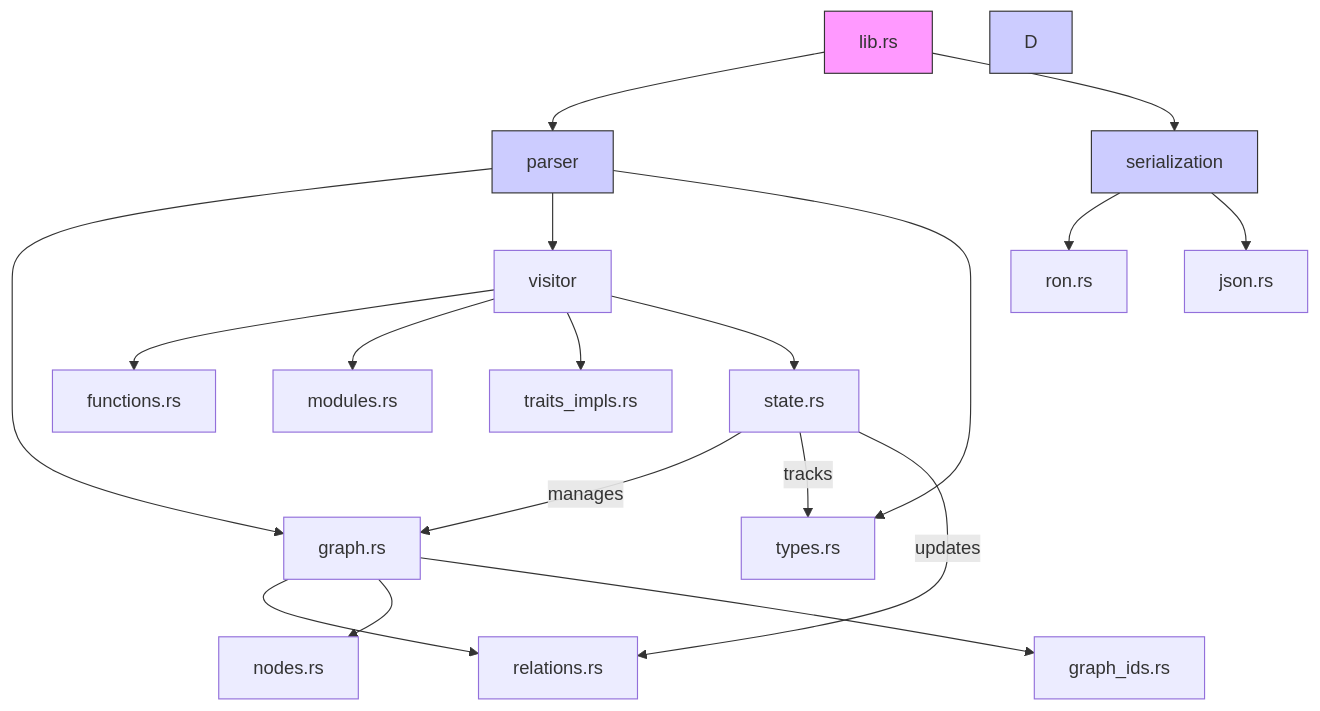
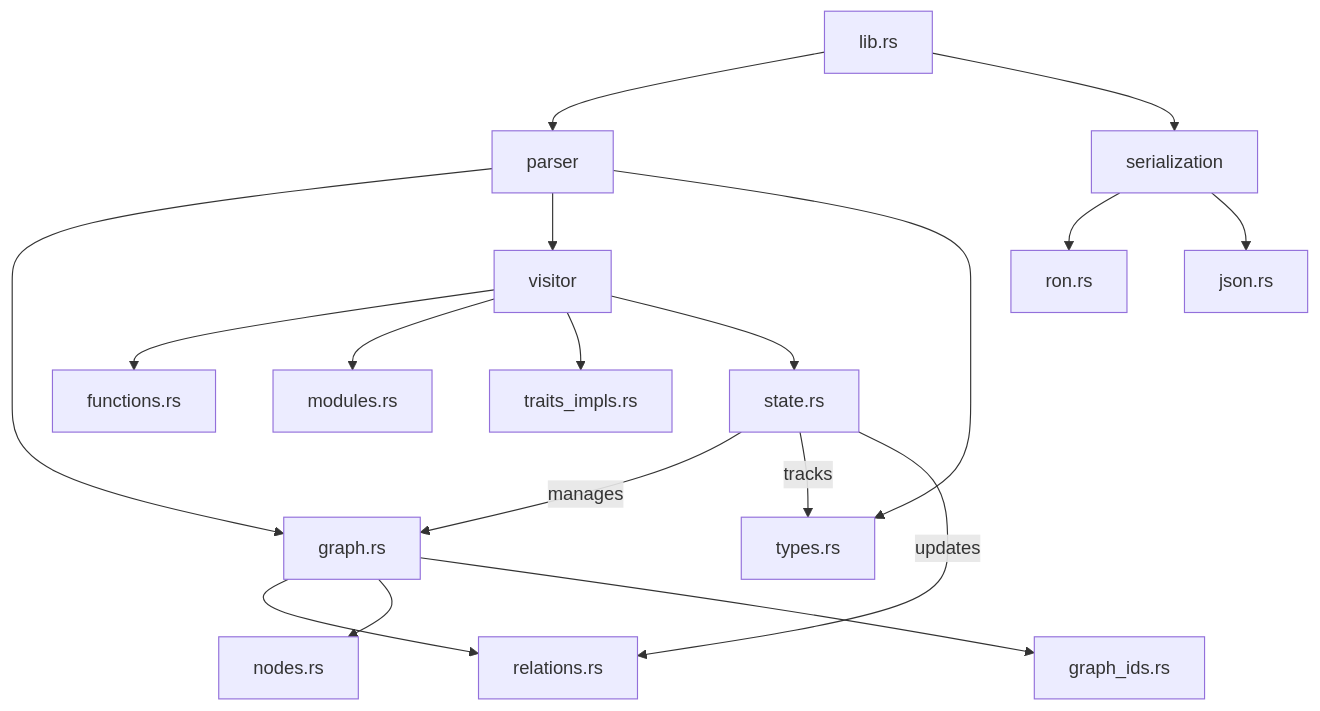
The eighth of 11 diagrams in project_description.md (josephleblanc/syn_parser), drawn with Mermaid before and after one commit. The commit also changed other lines of this file, not shown here.

Commit message:
docs: Note broken mermaid diagrams in project description

````diff
--- a/project_description.md
+++ b/project_description.md
@@ -1068,30 +1069,26 @@
 ```mermaid
 graph TD
     A[lib.rs] --> B[parser]
     A --> C[serialization]
     
     B --> E[graph.rs]
     B --> F[visitor]
     B --> G[types.rs]
     
     E --> H[relations.rs]
     E --> I[nodes.rs]
     E --> J[graph_ids.rs]
     
     F --> K[functions.rs]
     F --> L[modules.rs]
     F --> M[traits_impls.rs]
     F --> P[state.rs]
     
     C --> N[ron.rs]
     C --> O[json.rs]
     
     P -->|manages| E
     P -->|tracks| G
     P -->|updates| H
     
-    style A fill:#f9f,stroke:#333
-    style B fill:#ccf,stroke:#333
-    style C fill:#ccf,stroke:#333
-    style D fill:#ccf,stroke:#333
 ```
````
